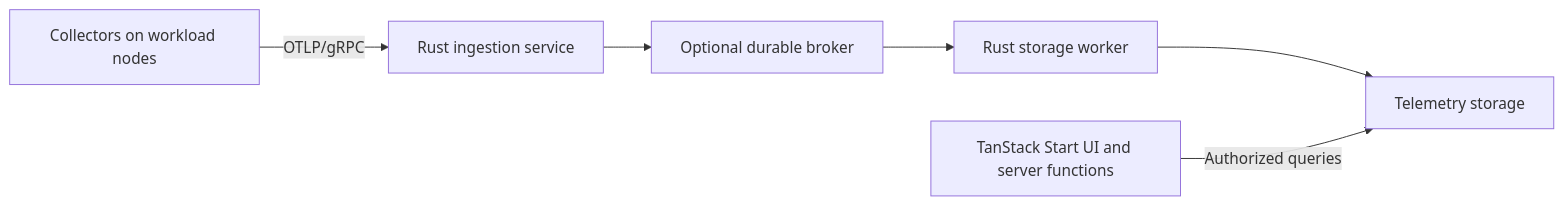
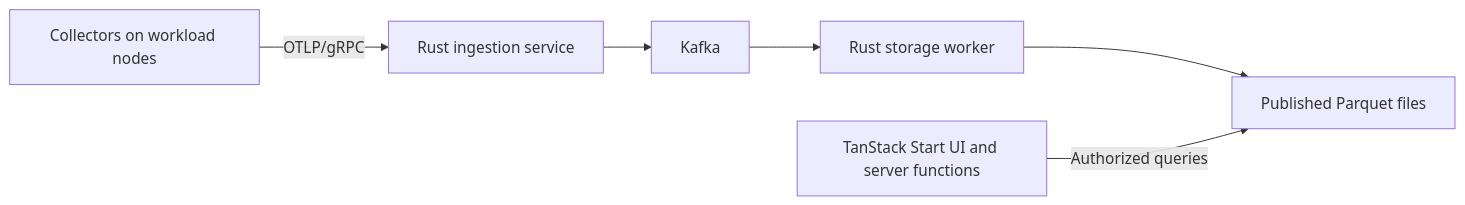
One commit to theodore-lheureux/pfe-telemetry changed the diagram in docs/architecture.md. Above: the diagram before and after it, drawn with Mermaid. The commit also changed other lines of this file and 19 other files, not shown here.

````diff
--- a/docs/architecture.md
+++ b/docs/architecture.md
@@ -25,8 +25,8 @@
 ```mermaid
 flowchart LR
     collectors["Collectors on workload nodes"] -->|OTLP/gRPC| ingest["Rust ingestion service"]
-    ingest --> broker["Optional durable broker"]
+    ingest --> broker["Kafka"]
     broker --> worker["Rust storage worker"]
-    worker --> storage["Telemetry storage"]
+    worker --> storage["Published Parquet files"]
     web["TanStack Start UI and server functions"] -->|Authorized queries| storage
 ```
````
